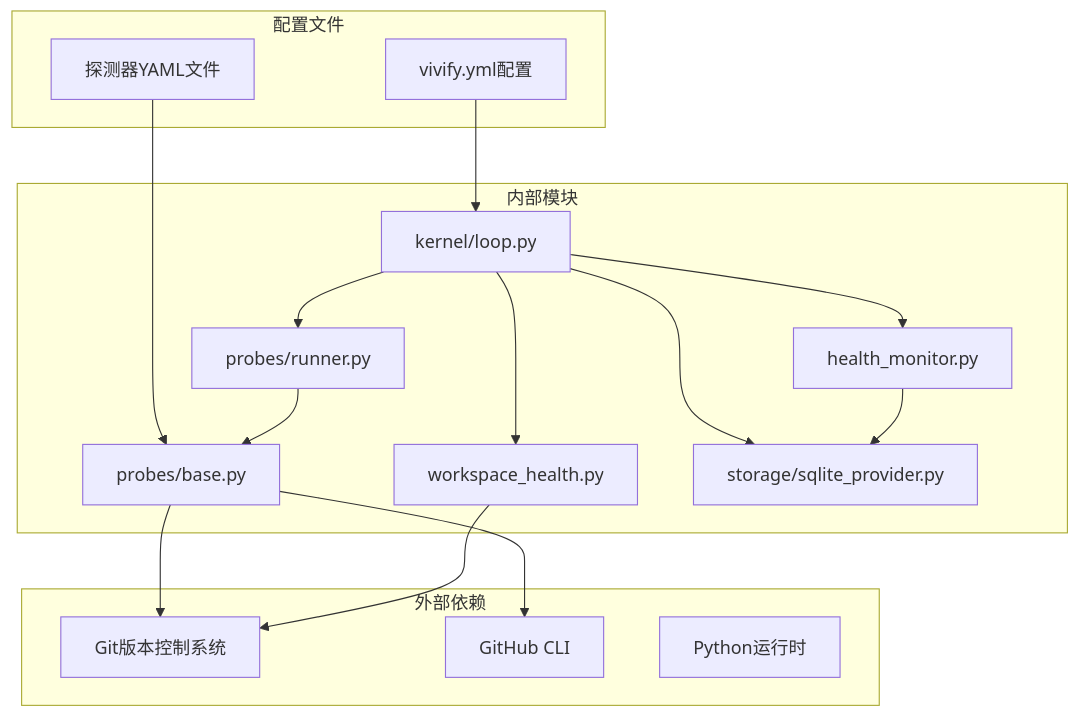
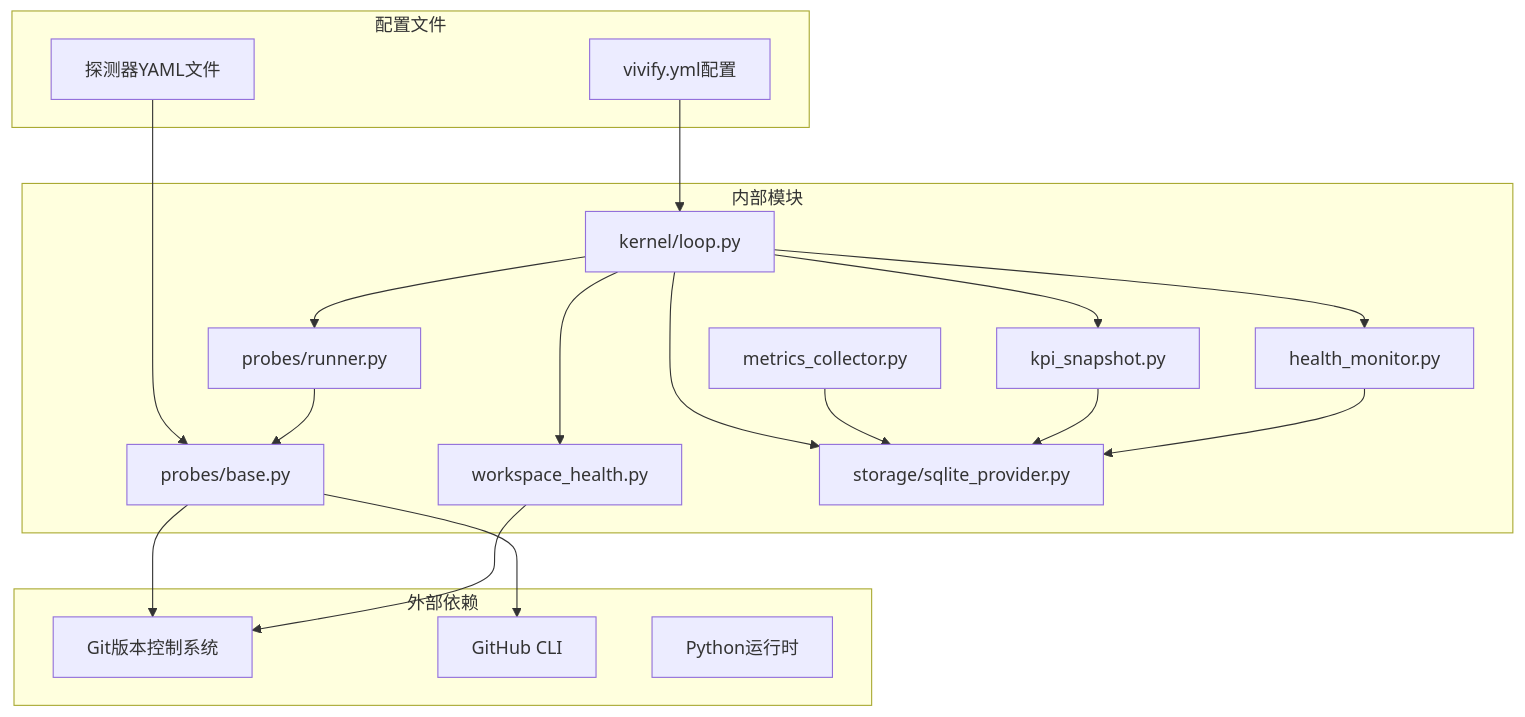
The ninth of 9 diagrams in .qoder/repowiki/zh/content/技术实现参考/工作区健康检查系统.md (pinsonchen/vivify), drawn with Mermaid before and after one commit. The commit also changed other lines of this file and 22 other files, not shown here.

````diff
--- a/.qoder/repowiki/zh/content/技术实现参考/工作区健康检查系统.md
+++ b/.qoder/repowiki/zh/content/技术实现参考/工作区健康检查系统.md
@@ -343,31 +490,36 @@
 ```mermaid
 graph TB
 subgraph "外部依赖"
 GIT[Git版本控制系统]
 GH[GitHub CLI]
 PYTHON[Python运行时]
 end
 subgraph "内部模块"
 WH[workspace_health.py]
 HM[health_monitor.py]
+KSV[kpi_snapshot.py]
+MDC[metrics_collector.py]
 PB[probes/base.py]
 RUN[probes/runner.py]
 SP[storage/sqlite_provider.py]
 LOOP[kernel/loop.py]
 end
 subgraph "配置文件"
 CFG[vivify.yml配置]
 PROBE_YML[探测器YAML文件]
 end
 WH --> GIT
 HM --> SP
+KSV --> SP
+MDC --> SP
 PB --> GH
 PB --> GIT
 RUN --> PB
 LOOP --> WH
 LOOP --> HM
+LOOP --> KSV
 LOOP --> RUN
 LOOP --> SP
 CFG --> LOOP
 PROBE_YML --> PB
 ```
````
